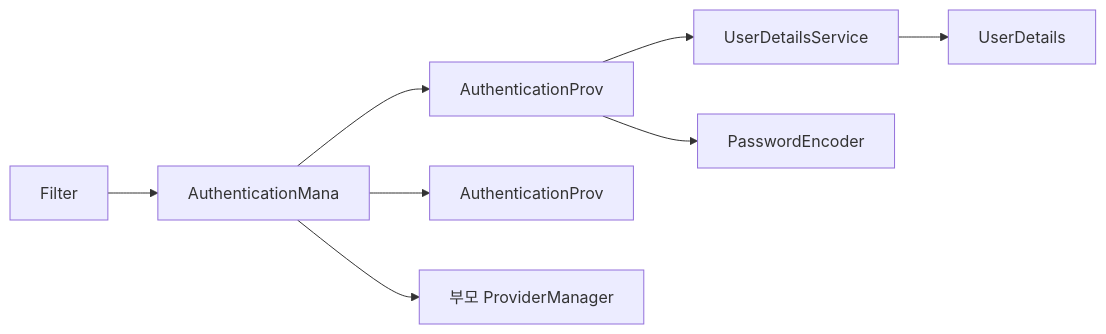
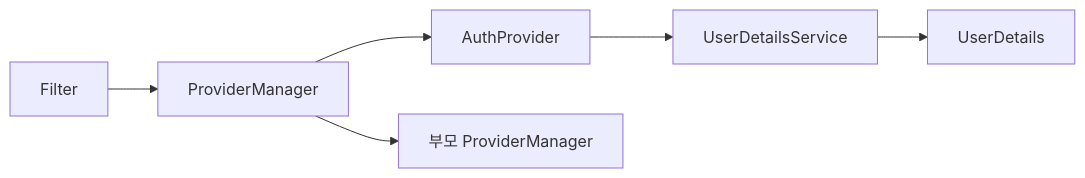
The third of 3 diagrams in _posts/security/2021-05-31-AuthenticationFlow.md (yjkim2015/yjkim2015.github.io), drawn with Mermaid before and after one commit. The commit also changed other lines of this file and 163 other files, not shown here.

First line of the commit message:
Mermaid 300개 블록 내용 축소: 5노드 5엣지 이하, 의미 있는 약어

````diff
--- a/_posts/security/2021-05-31-AuthenticationFlow.md
+++ b/_posts/security/2021-05-31-AuthenticationFlow.md
@@ -216,10 +210,8 @@
 ```mermaid
-flowchart LR
-    A["Filter"] --> B["AuthenticationMana"]
-    B --> C["AuthenticationProv"]
-    B --> D["AuthenticationProv"]
+graph LR
+    A["Filter"] --> B["ProviderManager"]
+    B --> C["AuthProvider"]
     B --> E["부모 ProviderManager"]
     C --> F["UserDetailsService"]
-    C --> G["PasswordEncoder"]
     F --> H["UserDetails"]
 ```
````
